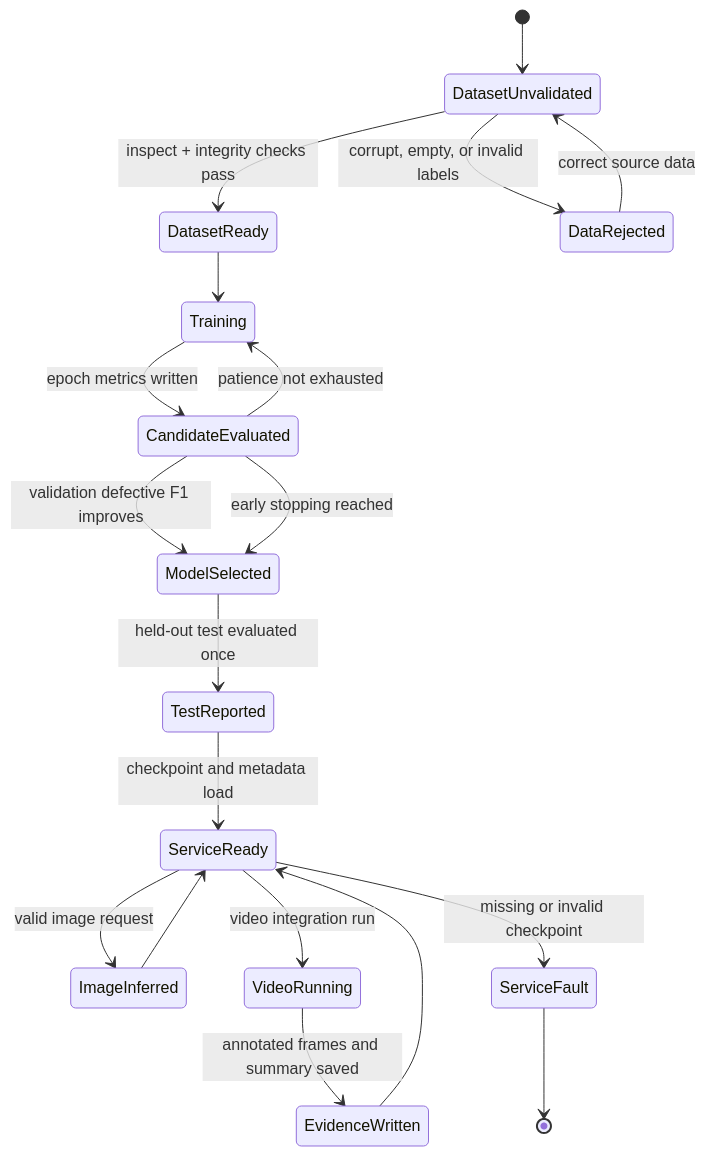
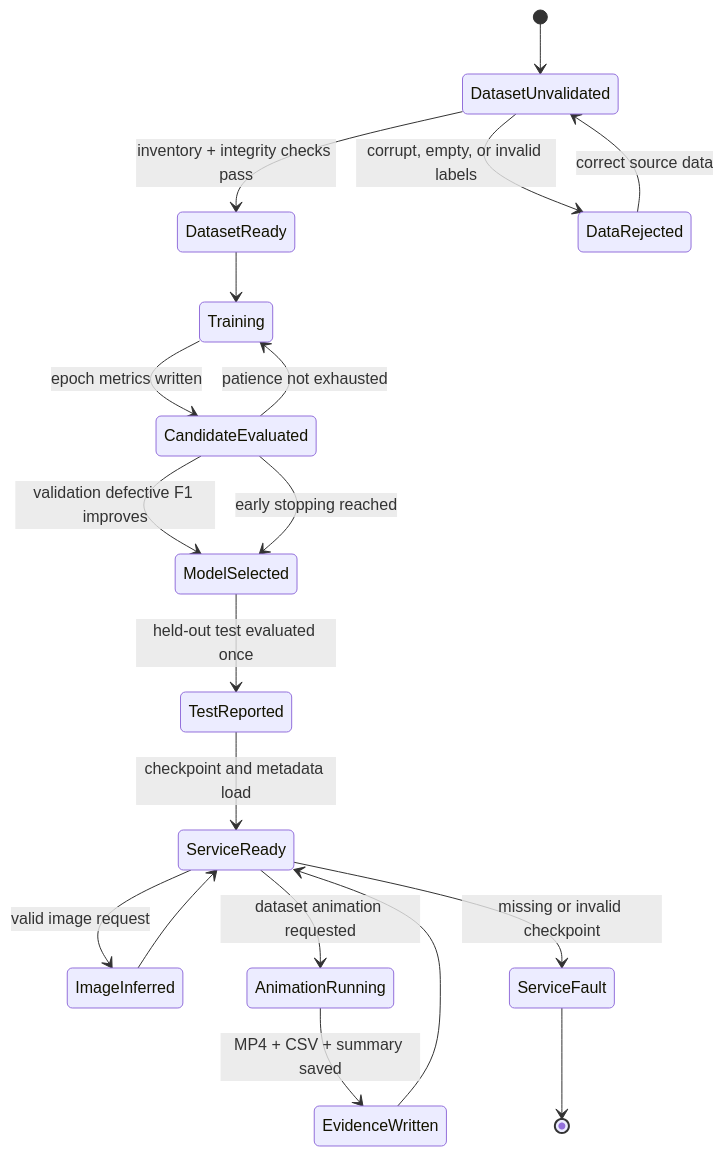
Before and after one commit to HUSNAIN-MUNAWAR/pharma-capsule-vision: the third of 4 diagrams in README.md, drawn with Mermaid. The commit also changed other lines of this file and 14 other files, not shown here.

Commit message:
Replace external clip with dataset-matched capsule animation

````diff
--- a/README.md
+++ b/README.md
@@ -125,21 +123,21 @@
 ```mermaid
 stateDiagram-v2
     [*] --> DatasetUnvalidated
-    DatasetUnvalidated --> DatasetReady: inspect + integrity checks pass
+    DatasetUnvalidated --> DatasetReady: inventory + integrity checks pass
     DatasetUnvalidated --> DataRejected: corrupt, empty, or invalid labels
     DataRejected --> DatasetUnvalidated: correct source data
     DatasetReady --> Training
     Training --> CandidateEvaluated: epoch metrics written
     CandidateEvaluated --> Training: patience not exhausted
     CandidateEvaluated --> ModelSelected: validation defective F1 improves
     CandidateEvaluated --> ModelSelected: early stopping reached
     ModelSelected --> TestReported: held-out test evaluated once
     TestReported --> ServiceReady: checkpoint and metadata load
     ServiceReady --> ImageInferred: valid image request
-    ServiceReady --> VideoRunning: video integration run
+    ServiceReady --> AnimationRunning: dataset animation requested
+    AnimationRunning --> EvidenceWritten: MP4 + CSV + summary saved
+    EvidenceWritten --> ServiceReady
     ServiceReady --> ServiceFault: missing or invalid checkpoint
     ImageInferred --> ServiceReady
-    VideoRunning --> EvidenceWritten: annotated frames and summary saved
-    EvidenceWritten --> ServiceReady
     ServiceFault --> [*]
 ```
````
